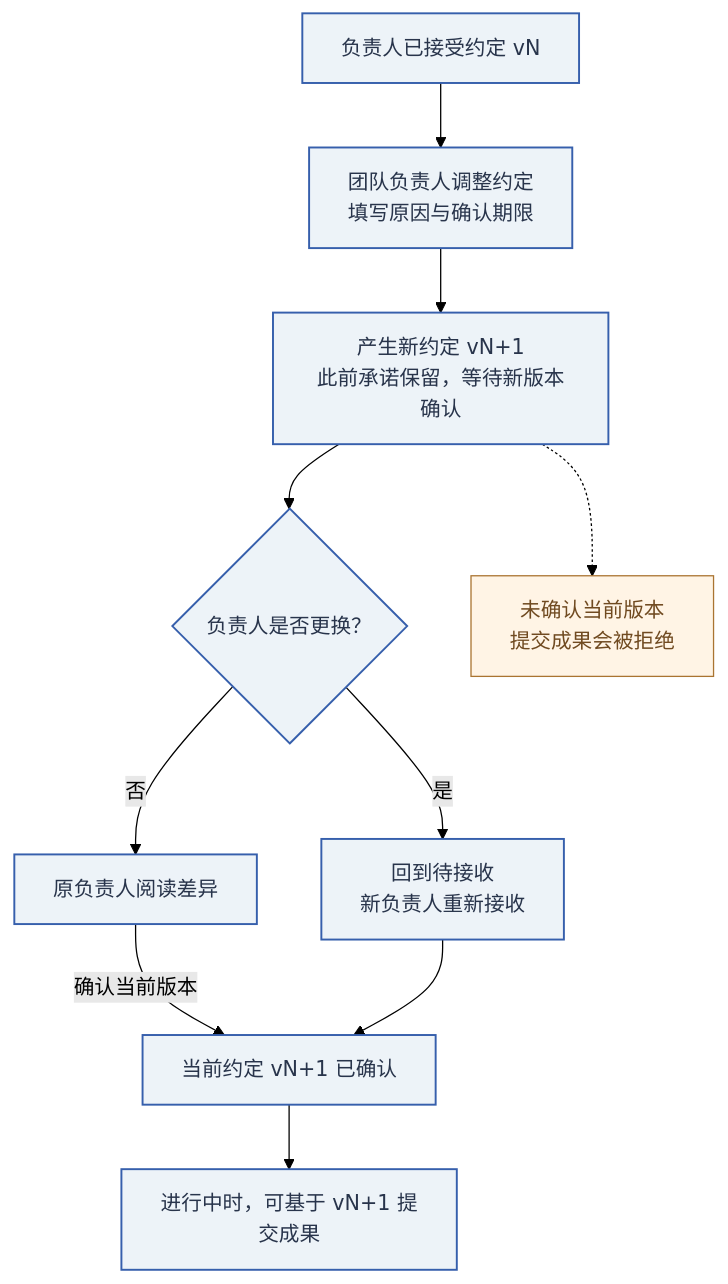
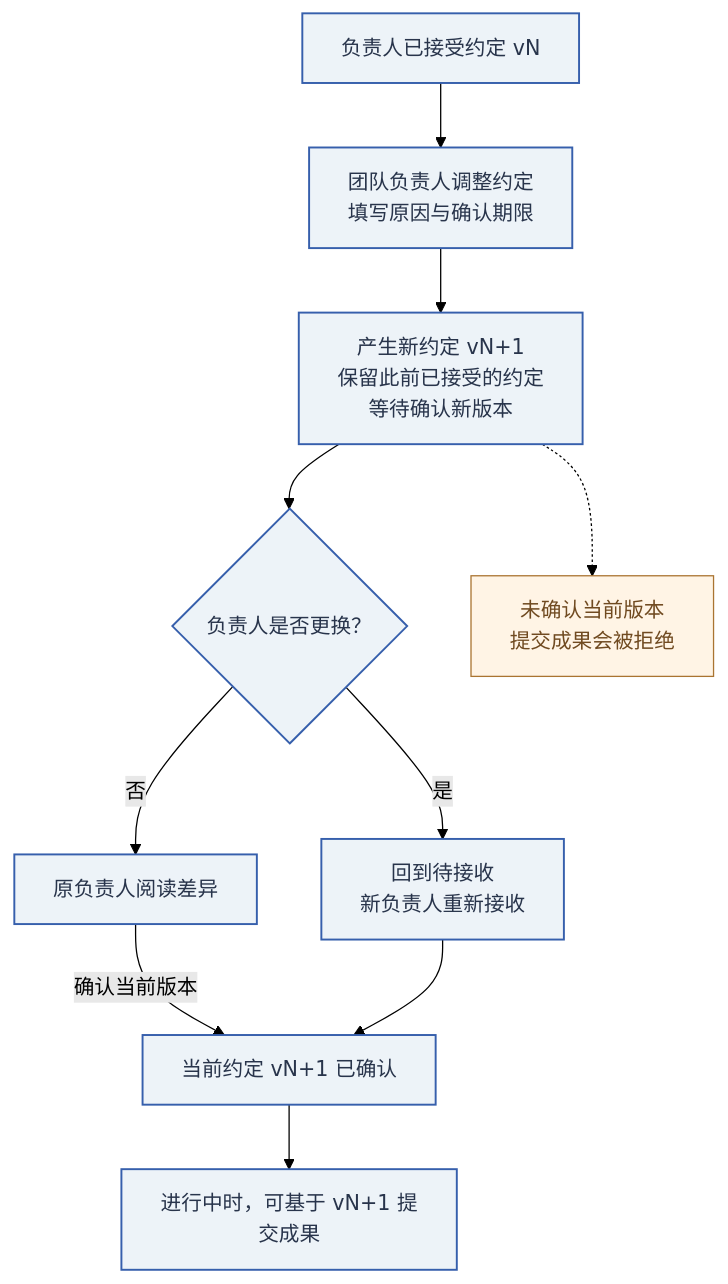
The diagram in docs/assets/diagrams/zh-CN/terms-confirmation.mmd (M1racleShih/open-task), drawn with Mermaid (forest theme) before and after one commit. The commit also changed 125 other files, not shown here.

```diff
--- a/docs/assets/diagrams/zh-CN/terms-confirmation.mmd
+++ b/docs/assets/diagrams/zh-CN/terms-confirmation.mmd
@@ -1,16 +1,16 @@
 flowchart TB
   accTitle: 约定版本变更后的确认流程
   accDescr: 调整约定产生新版本，原负责人阅读差异后确认；若更换负责人，新负责人重新接收。未确认当前版本时不能提交成果。
   old["负责人已接受约定 vN"] --> adjust["团队负责人调整约定<br/>填写原因与确认期限"]
-  adjust --> latest["产生新约定 vN+1<br/>此前承诺保留，等待新版本确认"]
+  adjust --> latest["产生新约定 vN+1<br/>保留此前已接受的约定<br/>等待确认新版本"]
   latest --> changed{"负责人是否更换？"}
   changed -->|否| compare["原负责人阅读差异"]
   compare -->|确认当前版本| confirm["当前约定 vN+1 已确认"]
   changed -->|是| pending["回到待接收<br/>新负责人重新接收"]
   pending --> confirm
   confirm --> result["进行中时，可基于 vN+1 提交成果"]
   latest -.-> blocked["未确认当前版本<br/>提交成果会被拒绝"]
   classDef normal fill:#EDF3F8,stroke:#365FAC,color:#28344B,stroke-width:1.5px;
   classDef attention fill:#FFF4E5,stroke:#AA7431,color:#704A20;
   class old,adjust,latest,changed,compare,confirm,pending,result normal;
   class blocked attention;
```
